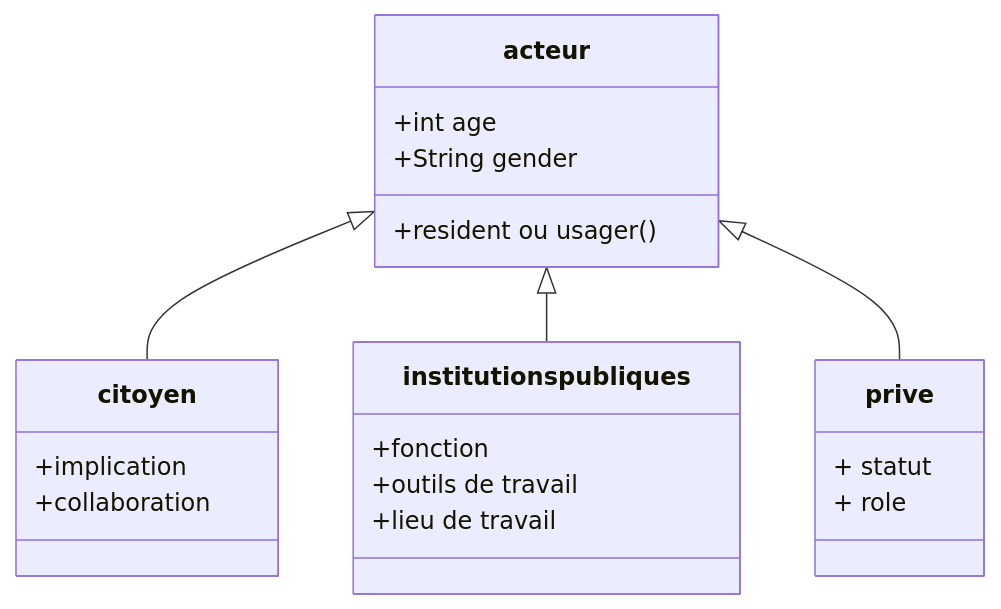
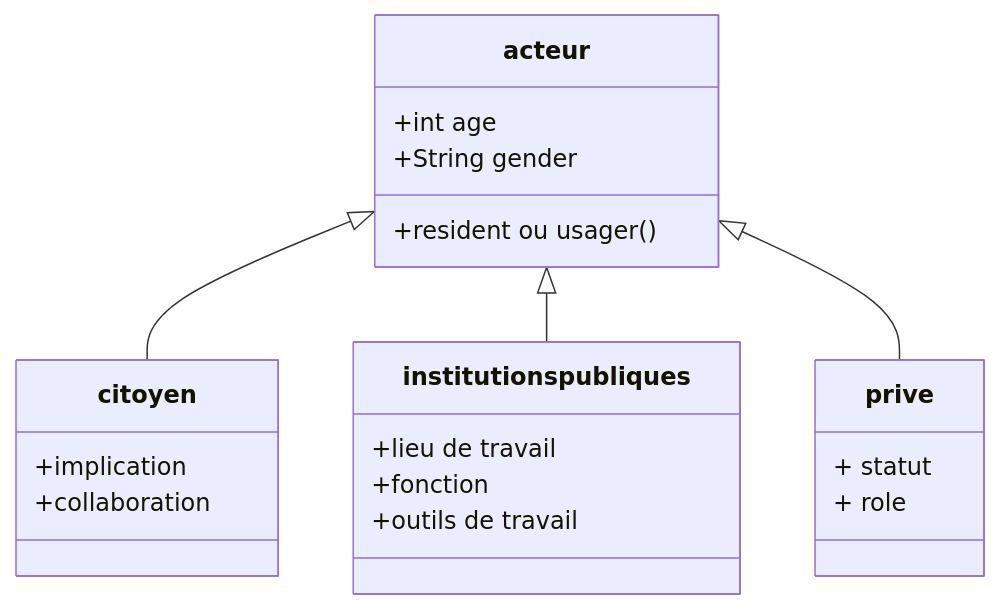
Before and after one commit to kahiarchi/plaine---saint--Denis---batiment-: the diagram in sources/acteurskahiarchi.md, drawn with Mermaid.

````diff
--- a/sources/acteurskahiarchi.md
+++ b/sources/acteurskahiarchi.md
@@ -1,24 +1,24 @@
 ```mermaid
 classDiagram
     acteur <|-- citoyen
     acteur <|-- institutions publiques
     acteur <|-- prive 
 
     acteur : +int age
     acteur : +String gender
     acteur: +resident ou usager()
 
   class citoyen{
      +implication 
      +collaboration 
     }
     class institutions publiques{
+          +lieu de travail
           +fonction
           +outils de travail
-          +lieu de travail
-    }
+             }
     class prive{
       + statut
      +  role
      }
 ```
````
